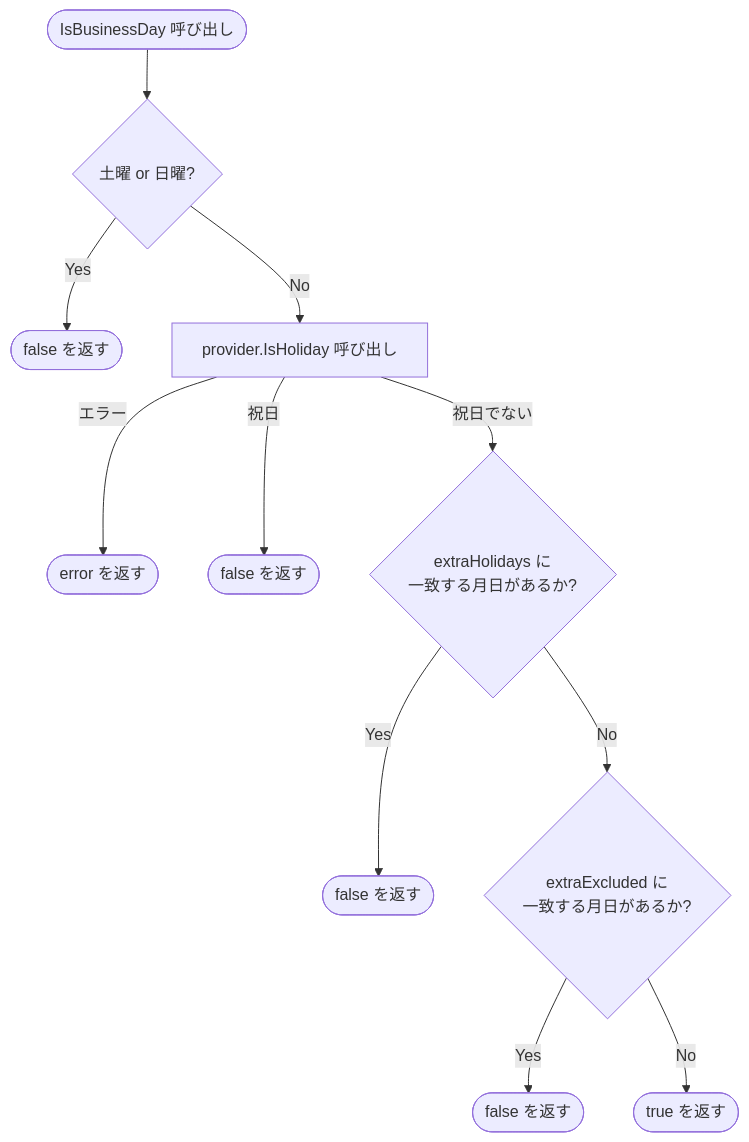
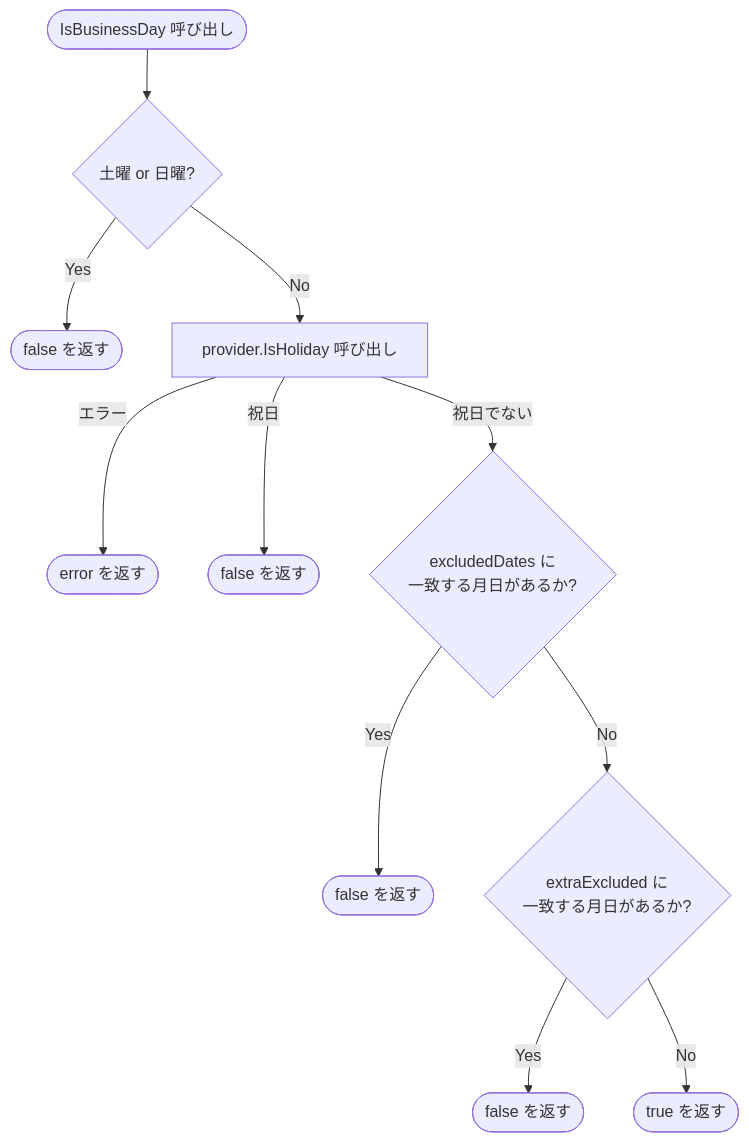
One commit to taku-o/go-heijitu changed the second of 3 diagrams in .kiro/specs/step1-core/design.md. Above: the diagram before and after it, drawn with Mermaid. The commit also changed other lines of this file and 8 other files, not shown here.

````diff
--- a/.kiro/specs/step1-core/design.md
+++ b/.kiro/specs/step1-core/design.md
@@ -141,13 +141,13 @@
 ```mermaid
 flowchart TD
     Start([IsBusinessDay 呼び出し]) --> Weekend{土曜 or 日曜?}
     Weekend -- Yes --> F1([false を返す])
     Weekend -- No --> HolidayCall[provider.IsHoliday 呼び出し]
     HolidayCall -- エラー --> Err([error を返す])
     HolidayCall -- 祝日 --> F2([false を返す])
-    HolidayCall -- 祝日でない --> ExtraHolidays{extraHolidays に\n一致する月日があるか?}
-    ExtraHolidays -- Yes --> F3([false を返す])
-    ExtraHolidays -- No --> ExtraExcluded{extraExcluded に\n一致する月日があるか?}
+    HolidayCall -- 祝日でない --> ExcludedDates{excludedDates に\n一致する月日があるか?}
+    ExcludedDates -- Yes --> F3([false を返す])
+    ExcludedDates -- No --> ExtraExcluded{extraExcluded に\n一致する月日があるか?}
     ExtraExcluded -- Yes --> F4([false を返す])
     ExtraExcluded -- No --> T([true を返す])
 ```
````
